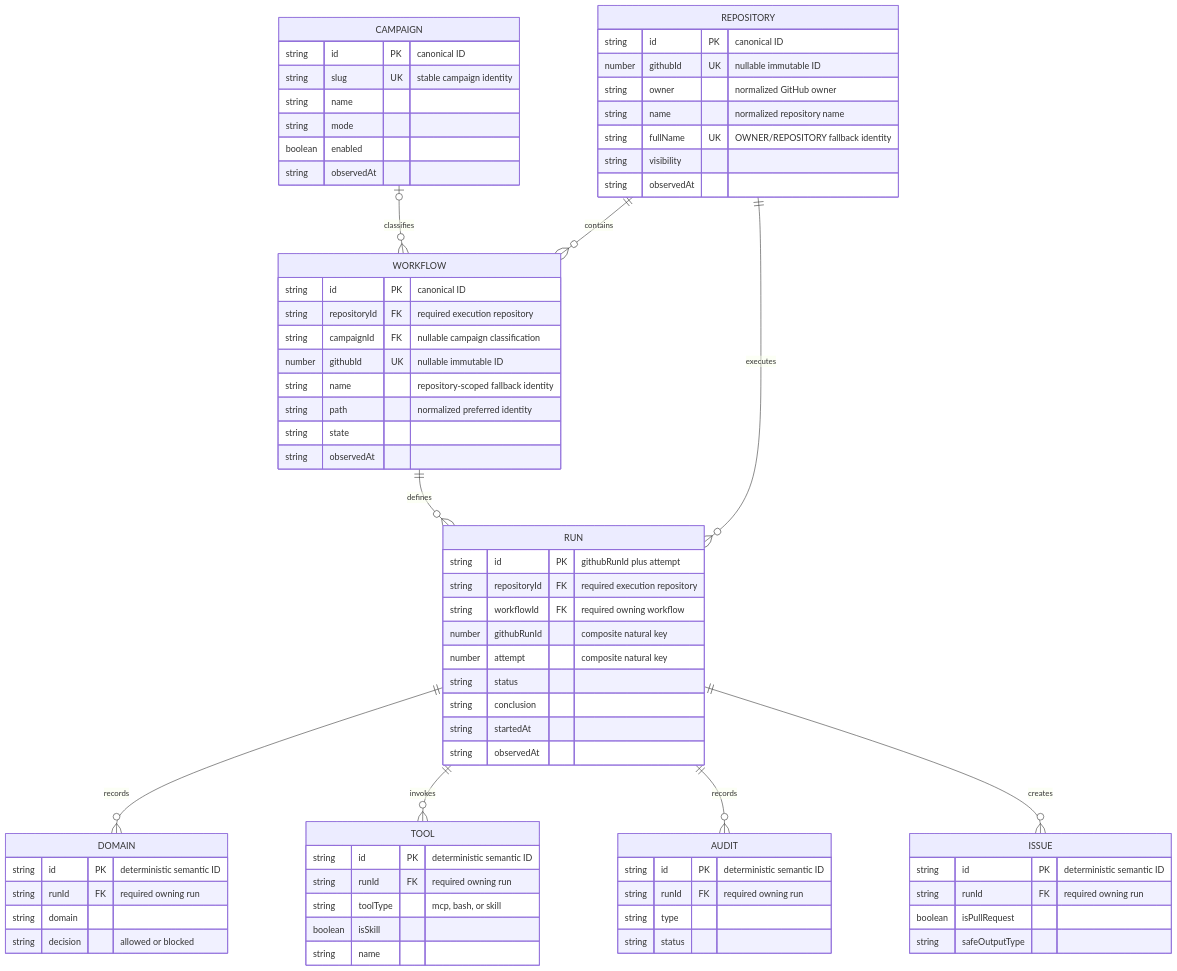
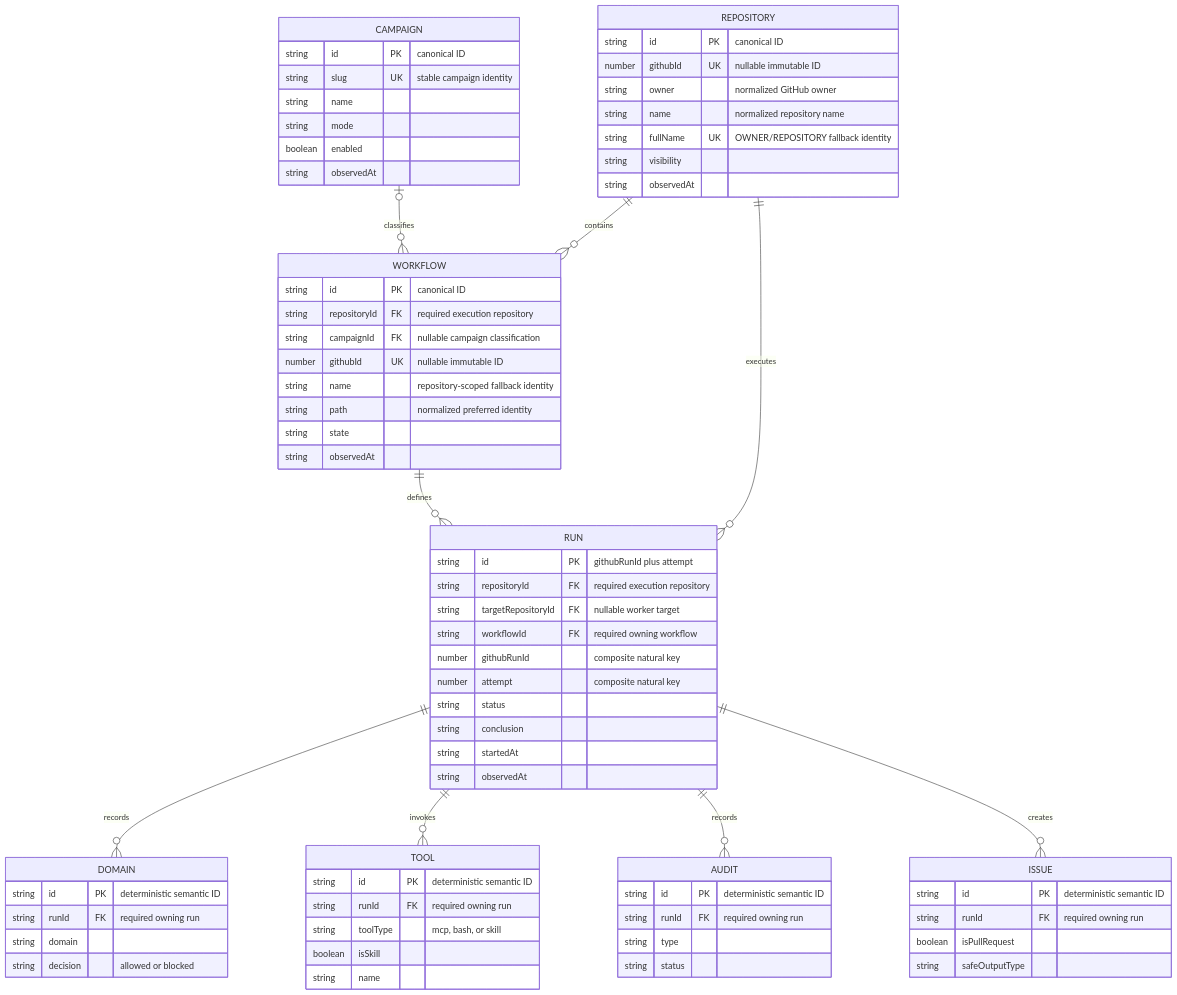
Before and after one commit to githubnext/gh-aw-cao: the second of 2 diagrams in specs/dashboard-data.md, drawn with Mermaid. The commit also changed other lines of this file and 11 other files, not shown here.

First line of the commit message:
Research dashboard data architecture

````diff
--- a/specs/dashboard-data.md
+++ b/specs/dashboard-data.md
@@ -758,75 +761,76 @@
 ```mermaid
 erDiagram
   CAMPAIGN o|--o{ WORKFLOW : classifies
   REPOSITORY ||--o{ WORKFLOW : contains
   REPOSITORY ||--o{ RUN : executes
   WORKFLOW ||--o{ RUN : defines
   RUN ||--o{ DOMAIN : records
   RUN ||--o{ TOOL : invokes
   RUN ||--o{ AUDIT : records
   RUN ||--o{ ISSUE : creates
 
   CAMPAIGN {
     string id PK "canonical ID"
     string slug UK "stable campaign identity"
     string name
     string mode
     boolean enabled
     string observedAt
   }
   REPOSITORY {
     string id PK "canonical ID"
     number githubId UK "nullable immutable ID"
     string owner "normalized GitHub owner"
     string name "normalized repository name"
     string fullName UK "OWNER/REPOSITORY fallback identity"
     string visibility
     string observedAt
   }
   WORKFLOW {
     string id PK "canonical ID"
     string repositoryId FK "required execution repository"
     string campaignId FK "nullable campaign classification"
     number githubId UK "nullable immutable ID"
     string name "repository-scoped fallback identity"
     string path "normalized preferred identity"
     string state
     string observedAt
   }
   RUN {
     string id PK "githubRunId plus attempt"
     string repositoryId FK "required execution repository"
+    string targetRepositoryId FK "nullable worker target"
     string workflowId FK "required owning workflow"
     number githubRunId "composite natural key"
     number attempt "composite natural key"
     string status
     string conclusion
     string startedAt
     string observedAt
   }
   DOMAIN {
     string id PK "deterministic semantic ID"
     string runId FK "required owning run"
     string domain
     string decision "allowed or blocked"
   }
   TOOL {
     string id PK "deterministic semantic ID"
     string runId FK "required owning run"
     string toolType "mcp, bash, or skill"
     boolean isSkill
     string name
   }
   AUDIT {
     string id PK "deterministic semantic ID"
     string runId FK "required owning run"
     string type
     string status
   }
   ISSUE {
     string id PK "deterministic semantic ID"
     string runId FK "required owning run"
     boolean isPullRequest
     string safeOutputType
   }
 ```
````
